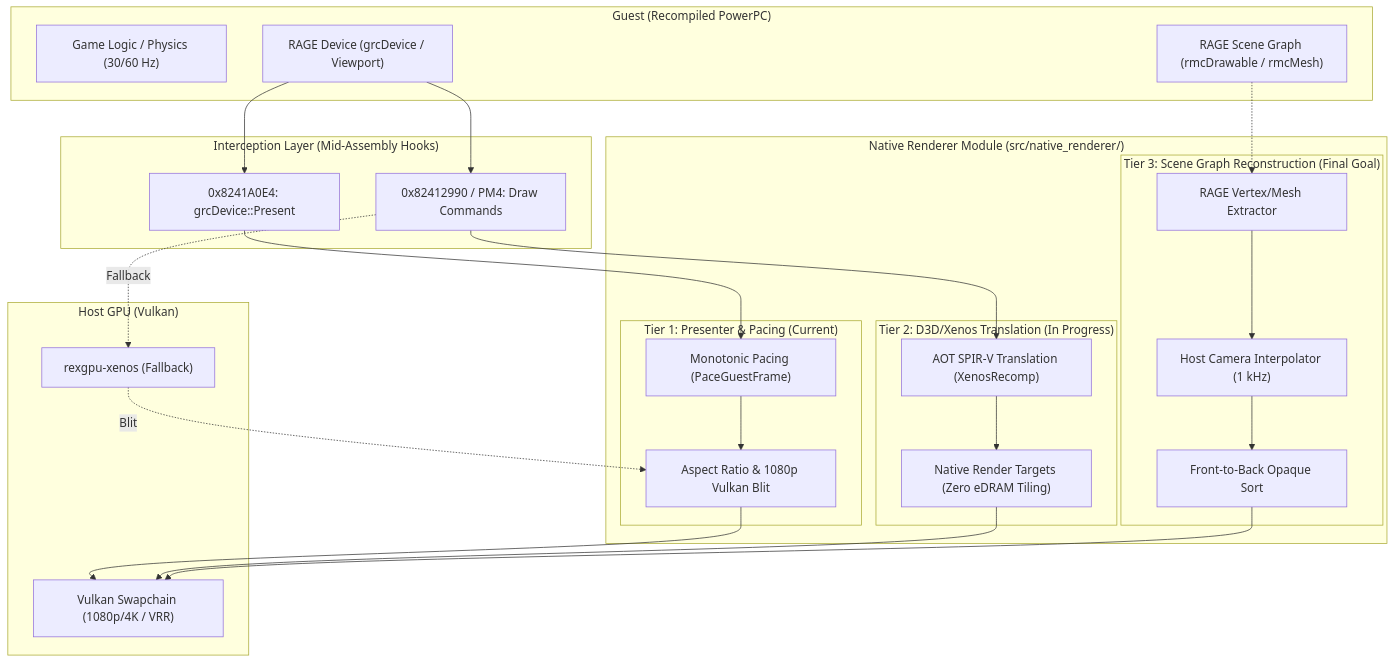
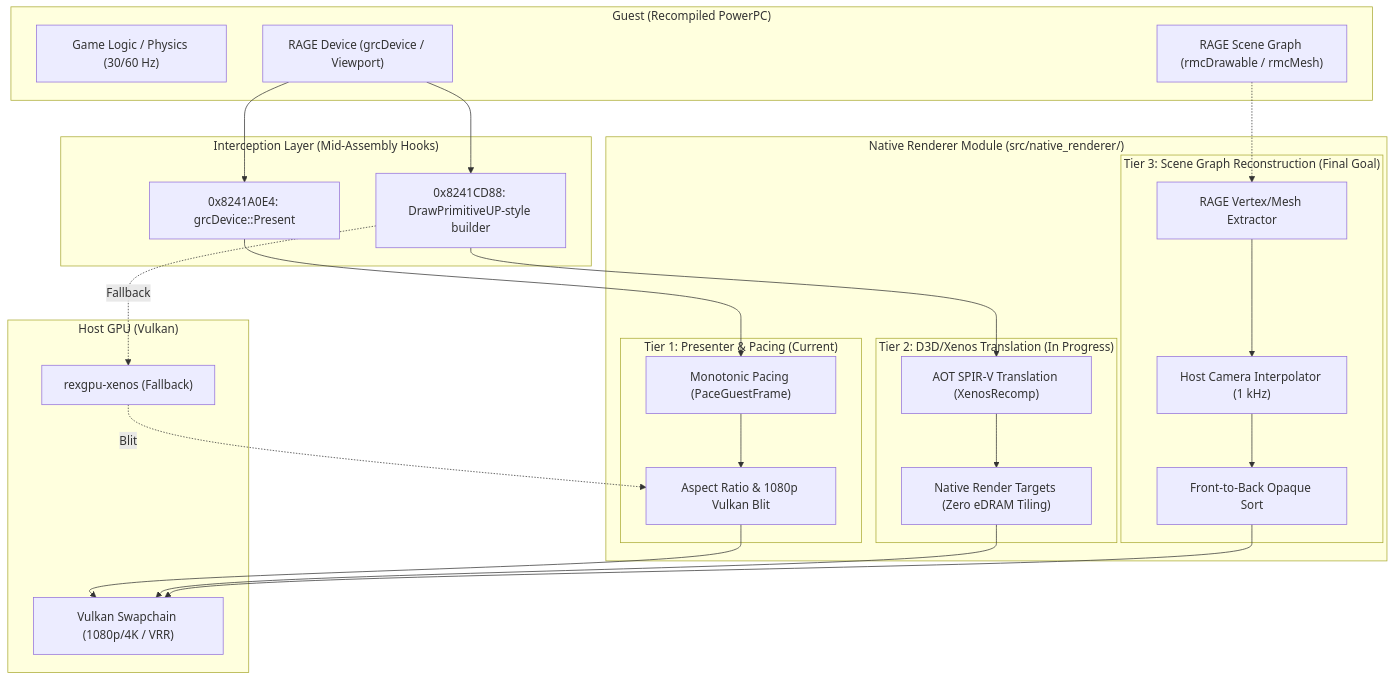
One commit to Heus-Sueh/midnight-club-la-recomp changed the first of 2 diagrams in docs/NATIVE_RENDERER_ROADMAP.md. Above: the diagram before and after it, drawn with Mermaid. The commit also changed other lines of this file and 21 other files, not shown here.

````diff
--- a/docs/NATIVE_RENDERER_ROADMAP.md
+++ b/docs/NATIVE_RENDERER_ROADMAP.md
@@ -16,53 +16,53 @@
 ```mermaid
 flowchart TD
     subgraph Guest ["Guest (Recompiled PowerPC)"]
         GameLogic["Game Logic / Physics (30/60 Hz)"]
         RAGE_World["RAGE Scene Graph (rmcDrawable / rmcMesh)"]
         RAGE_Device["RAGE Device (grcDevice / Viewport)"]
     end
 
     subgraph Hooks ["Interception Layer (Mid-Assembly Hooks)"]
         Hook_Swap["0x8241A0E4: grcDevice::Present"]
-        Hook_Draw["0x82412990 / PM4: Draw Commands"]
+        Hook_Draw["0x8241CD88: DrawPrimitiveUP-style builder"]
     end
 
     subgraph NativeRenderer ["Native Renderer Module (src/native_renderer/)"]
         subgraph Tier1 ["Tier 1: Presenter & Pacing (Current)"]
             FramePacer["Monotonic Pacing (PaceGuestFrame)"]
             AspectScaler["Aspect Ratio & 1080p Vulkan Blit"]
         end
         subgraph Tier2 ["Tier 2: D3D/Xenos Translation (In Progress)"]
             ShaderCache["AOT SPIR-V Translation (XenosRecomp)"]
             NativeRT["Native Render Targets (Zero eDRAM Tiling)"]
         end
         subgraph Tier3 ["Tier 3: Scene Graph Reconstruction (Final Goal)"]
             MeshExtractor["RAGE Vertex/Mesh Extractor"]
             CameraSmooth["Host Camera Interpolator (1 kHz)"]
             EarlyZSort["Front-to-Back Opaque Sort"]
         end
     end
 
     subgraph Backend ["Host GPU (Vulkan)"]
         VK_Swapchain["Vulkan Swapchain (1080p/4K / VRR)"]
         Xenos_Fallback["rexgpu-xenos (Fallback)"]
     end
 
     RAGE_Device --> Hook_Swap
     RAGE_Device --> Hook_Draw
     RAGE_World -.-> MeshExtractor
 
     Hook_Swap --> FramePacer
     FramePacer --> AspectScaler
     AspectScaler --> VK_Swapchain
 
     Hook_Draw --> ShaderCache
     ShaderCache --> NativeRT
     NativeRT --> VK_Swapchain
 
     MeshExtractor --> CameraSmooth
     CameraSmooth --> EarlyZSort
     EarlyZSort --> VK_Swapchain
 
     Hook_Draw -. Fallback .-> Xenos_Fallback
     Xenos_Fallback -. Blit .-> AspectScaler
 ```
````
